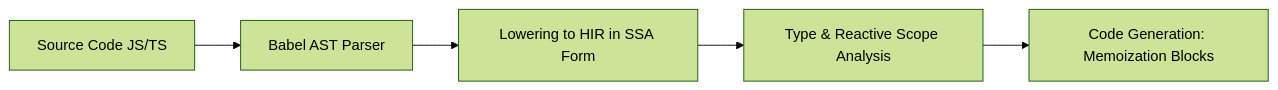
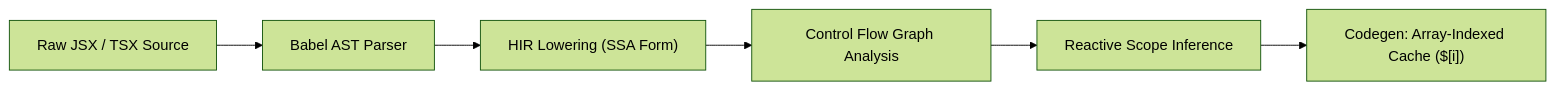
One commit to akmalkhaniub/akmalkhaniub.github.io changed the second of 2 diagrams in blog/posts/react-compiler-vs-signals-fine-grained-reactivity-ast-tradeoffs.md. Above: the diagram before and after it, drawn with Mermaid (forest theme). The commit also changed other lines of this file and 3 other files, not shown here.

Commit message:
docs(blog): elevate Post 1 with scholarly citations, explicit figure captions & fluid narrative

````diff
--- a/blog/posts/react-compiler-vs-signals-fine-grained-reactivity-ast-tradeoffs.md
+++ b/blog/posts/react-compiler-vs-signals-fine-grained-reactivity-ast-tradeoffs.md
@@ -94,7 +75,8 @@
 ```mermaid
 graph LR
-  Source[Source Code JS/TS] --> Parser[Babel AST Parser]
-  Parser --> HIR[Lowering to HIR in SSA Form]
-  HIR --> Analysis[Type & Reactive Scope Analysis]
-  Analysis --> Codegen[Code Generation: Memoization Blocks]
+  RawCode["Raw JSX / TSX Source"] --> BabelAST["Babel AST Parser"]
+  BabelAST --> HIRLowering["HIR Lowering (SSA Form)"]
+  HIRLowering --> CFG["Control Flow Graph Analysis"]
+  CFG --> ReactiveInference["Reactive Scope Inference"]
+  ReactiveInference --> MemoCodegen["Codegen: Array-Indexed Cache ($[i])"]
 ```
````
